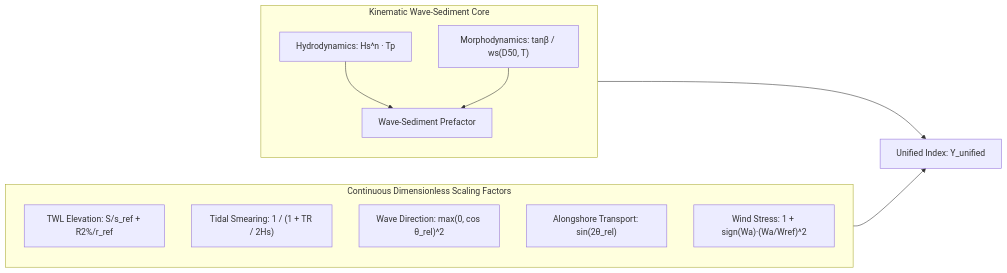
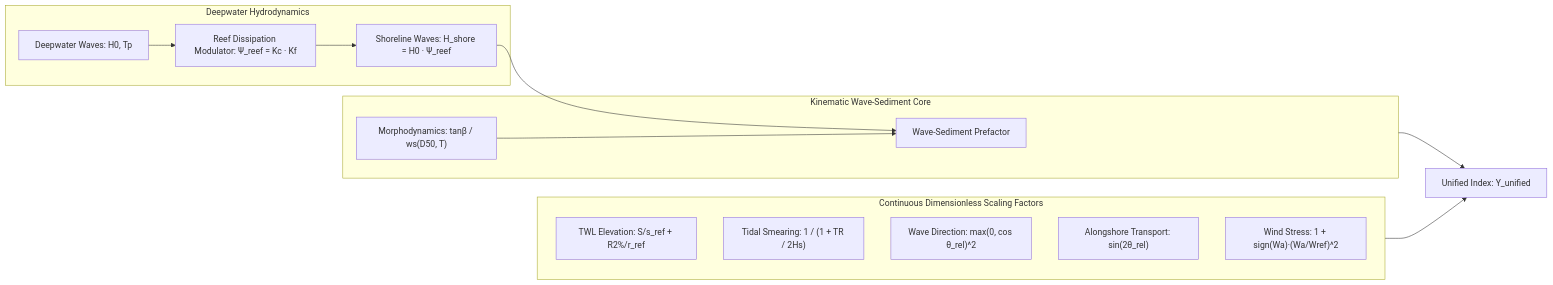
One commit to sam-tritto/unified-coastal-erosion-index changed the first of 2 diagrams in README.md. Above: the diagram before and after it, drawn with Mermaid. The commit also changed other lines of this file and 6 other files, not shown here.

Commit message:
feat: implement reef dissipation modulator for depth-limited wave breaking and friction

````diff
--- a/README.md
+++ b/README.md
@@ -24,18 +26,24 @@
 ```mermaid
 flowchart LR
+    subgraph Deepwater ["Deepwater Hydrodynamics"]
+        H0["Deepwater Waves: H0, Tp"]
+        ReefMod["Reef Dissipation Modulator: Ψ_reef = Kc · Kf"]
+        H0 --> ReefMod --> Hshore["Shoreline Waves: H_shore = H0 · Ψ_reef"]
+    end
+
     subgraph Core ["Kinematic Wave-Sediment Core"]
-        A["Hydrodynamics: Hs^n · Tp"] --> C["Wave-Sediment Prefactor"]
+        Hshore --> C["Wave-Sediment Prefactor"]
         B["Morphodynamics: tanβ / ws(D50, T)"] --> C
     end
 
     subgraph Modulators ["Continuous Dimensionless Scaling Factors"]
         D["TWL Elevation: S/s_ref + R2%/r_ref"]
         E["Tidal Smearing: 1 / (1 + TR / 2Hs)"]
         F["Wave Direction: max(0, cos θ_rel)^2"]
         G["Alongshore Transport: sin(2θ_rel)"]
         H["Wind Stress: 1 + sign(Wa)·(Wa/Wref)^2"]
     end
 
     Core --> Master["Unified Index: Υ_unified"]
     Modulators --> Master
 ```
````
